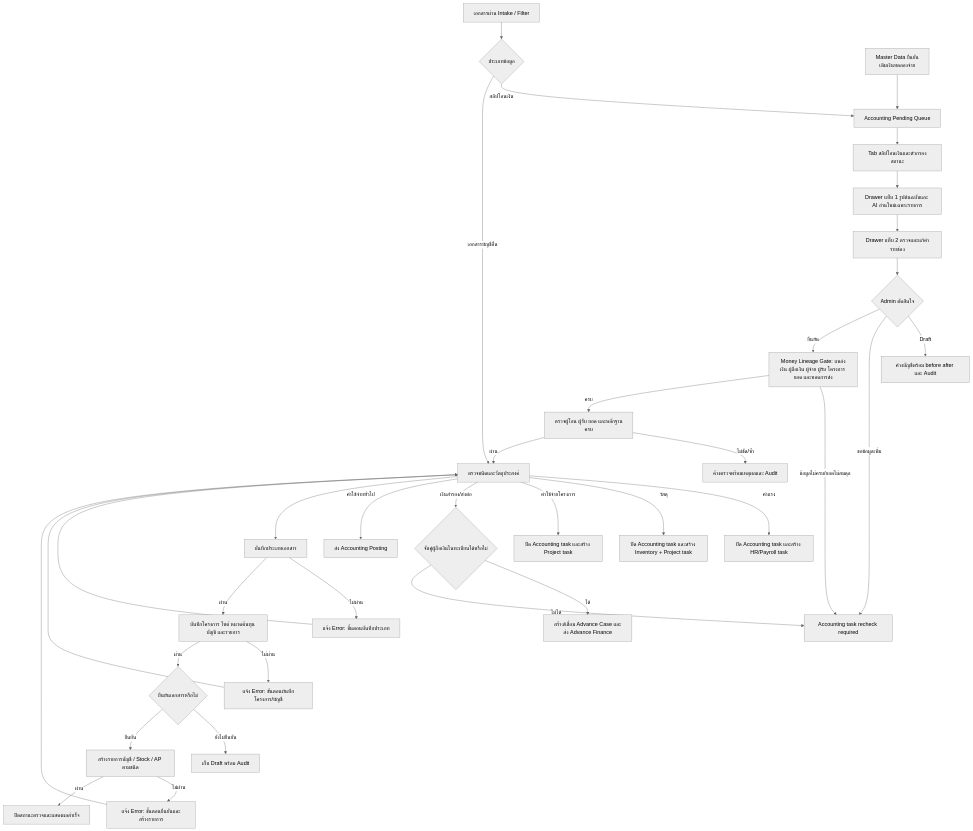
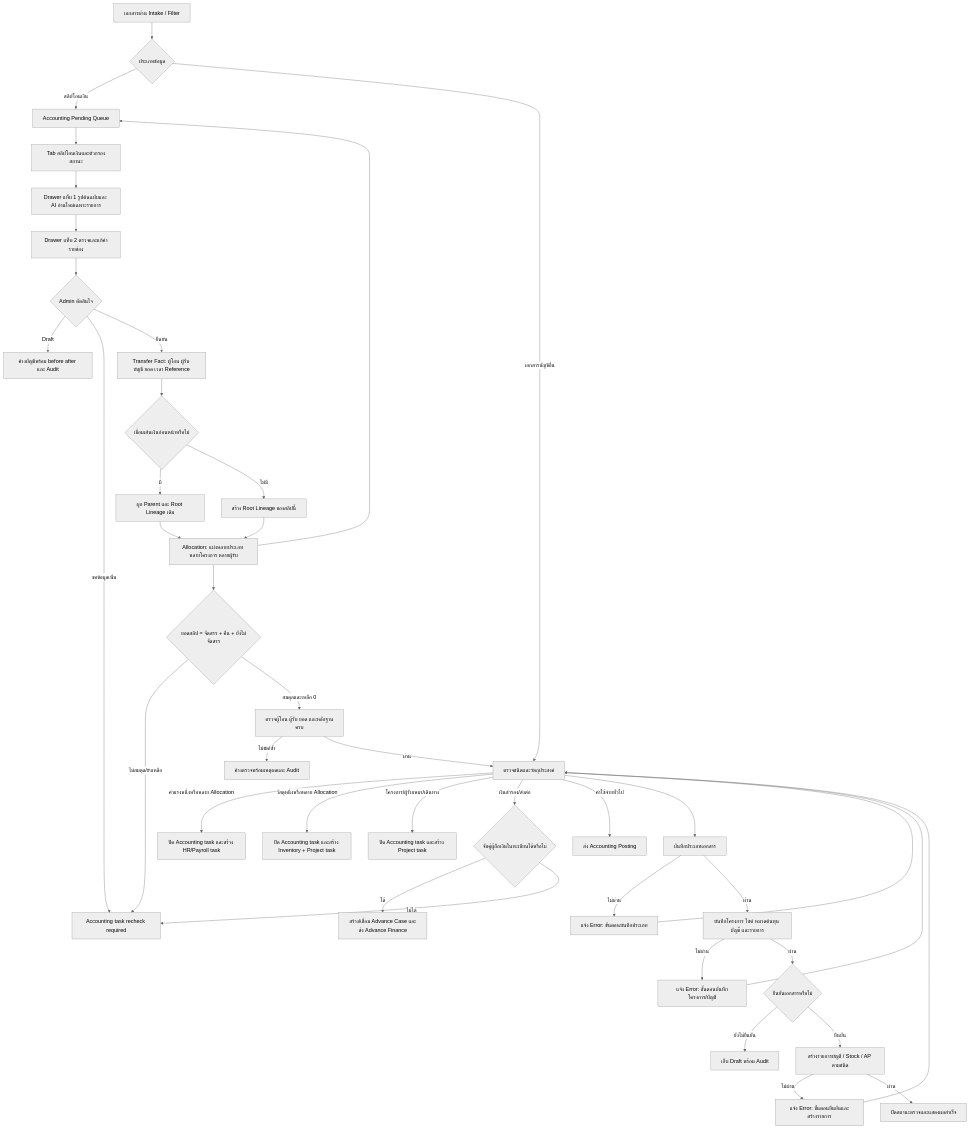
Before and after one commit to paramonjong-afk/WisdomAI: the diagram in docs/ACCOUNTING_DOCUMENT_CONFIRMATION_FLOW.md, drawn with Mermaid (neutral theme). The commit also changed other lines of this file and 9 other files, not shown here.

Commit message:
feat: allocate transfer slips across money routes

````diff
--- a/docs/ACCOUNTING_DOCUMENT_CONFIRMATION_FLOW.md
+++ b/docs/ACCOUNTING_DOCUMENT_CONFIRMATION_FLOW.md
@@ -3,37 +3,43 @@
 ```mermaid
 flowchart TD
   A[เอกสารผ่าน Intake / Filter] --> B{ประเภทข้อมูล}
   A0[Master Data ยืนยัน\nเติมเงินทดลองจ่าย] --> Q
   B -->|สลิปโอนเงิน| Q[Accounting Pending Queue]
   Q --> Q0[Tab สลิปโอนเงินและตัวกรองสถานะ]
   Q0 --> B1[Drawer แท็บ 1 รูปต้นฉบับและ AI อ่านใหม่เฉพาะรายการ]
   B1 --> B2[Drawer แท็บ 2 ตรวจและแก้ค่ารายช่อง]
   B2 --> B3{Admin ตัดสินใจ}
   B3 -->|Draft| QD[ค้างบัญชีพร้อม before after และ Audit]
   B3 -->|ขอข้อมูลเพิ่ม| QI[Accounting task recheck required]
-  B3 -->|ยืนยัน| M0[Money Lineage Gate: แหล่งเงิน ผู้ถือเงิน ผู้จ่าย ผู้รับ โครงการ ยอด และทอดการส่ง]
-  M0 -->|ข้อมูลไม่ครบ/ยอดไม่สมดุล| QI
-  M0 -->|ครบ| C1[ตรวจผู้โอน ผู้รับ ยอด และหลักฐานครบ]
+  B3 -->|ยืนยัน| M0[Transfer Fact: ผู้โอน ผู้รับ บัญชี ยอด เวลา Reference]
+  M0 --> M00{เชื่อมเส้นเงินก่อนหน้าหรือไม่}
+  M00 -->|มี| M01[ผูก Parent และ Root Lineage เดิม]
+  M00 -->|ไม่มี| M02[สร้าง Root Lineage ของสลิปนี้]
+  M01 --> A0[Allocation: แบ่งหลายประเภท หลายโครงการ หลายผู้รับ]
+  M02 --> A0
+  A0 --> A1{ยอดสลิป = จัดสรร + คืน + ยังไม่จัดสรร}
+  A1 -->|ไม่สมดุล/ยังเหลือ| QI
+  A1 -->|สมดุลและเหลือ 0| C1[ตรวจผู้โอน ผู้รับ ยอด และหลักฐานครบ]
   C1 -->|ไม่ชัด/ซ้ำ| Q1[ค้างตรวจพร้อมเหตุผลและ Audit]
   C1 -->|ผ่าน| C[ตรวจชนิดและวัตถุประสงค์]
-  C -->|ค่าแรง| M1[ปิด Accounting task และสร้าง HR/Payroll task]
-  C -->|วัสดุ| M2[ปิด Accounting task และสร้าง Inventory + Project task]
-  C -->|ค่าใช้จ่ายโครงการ| M3[ปิด Accounting task และสร้าง Project task]
+  C -->|ค่าแรงหนึ่งหรือหลาย Allocation| M1[ปิด Accounting task และสร้าง HR/Payroll task]
+  C -->|วัสดุหนึ่งหรือหลาย Allocation| M2[ปิด Accounting task และสร้าง Inventory + Project task]
+  C -->|โครงการ/ผู้รับเหมา/เดินทาง| M3[ปิด Accounting task และสร้าง Project task]
   C -->|เงินสำรอง/ส่งต่อ| M4{จับคู่ผู้ถือเงินในทะเบียนได้หรือไม่}
   M4 -->|ได้| M5[สร้าง/เชื่อม Advance Case และส่ง Advance Finance]
   M4 -->|ไม่ได้| QI
   C -->|ค่าใช้จ่ายทั่วไป| M6[ส่ง Accounting Posting]
   B -->|เอกสารบัญชีอื่น| C
   C --> D[บันทึกประเภทเอกสาร]
   D -->|ไม่ผ่าน| D1[แจ้ง Error: ขั้นตอนบันทึกประเภท]
   D -->|ผ่าน| E[บันทึกโครงการ ไซต์ หมวดต้นทุน บัญชี และรายการ]
   E -->|ไม่ผ่าน| E1[แจ้ง Error: ขั้นตอนบันทึกโครงการ/บัญชี]
   E -->|ผ่าน| F{ยืนยันเอกสารหรือไม่}
   F -->|ยังไม่ยืนยัน| G[เก็บ Draft พร้อม Audit]
   F -->|ยืนยัน| H[สร้างรายการบัญชี / Stock / AP ตามชนิด]
   H -->|ไม่ผ่าน| H1[แจ้ง Error: ขั้นตอนยืนยันและสร้างรายการ]
   H -->|ผ่าน| I[ปิดสถานะตรวจและแสดงผลสำเร็จ]
   D1 --> C
   E1 --> C
   H1 --> C
 ```
````
